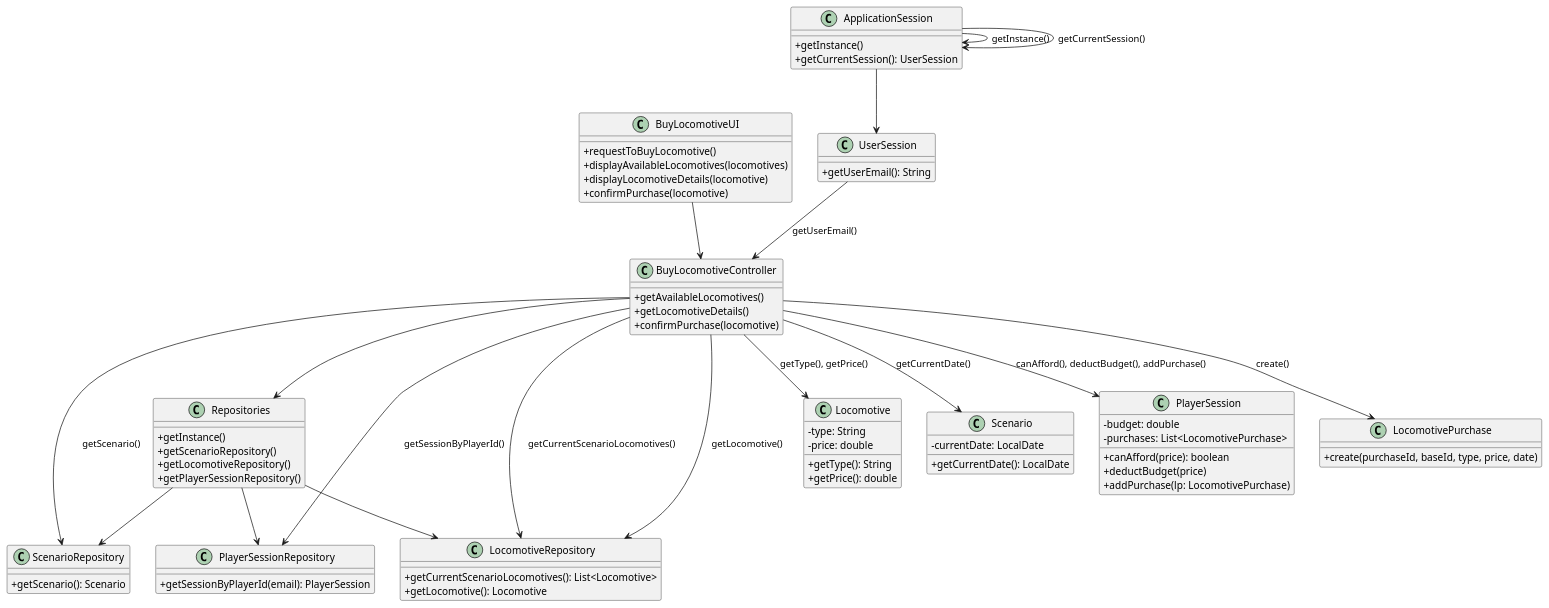
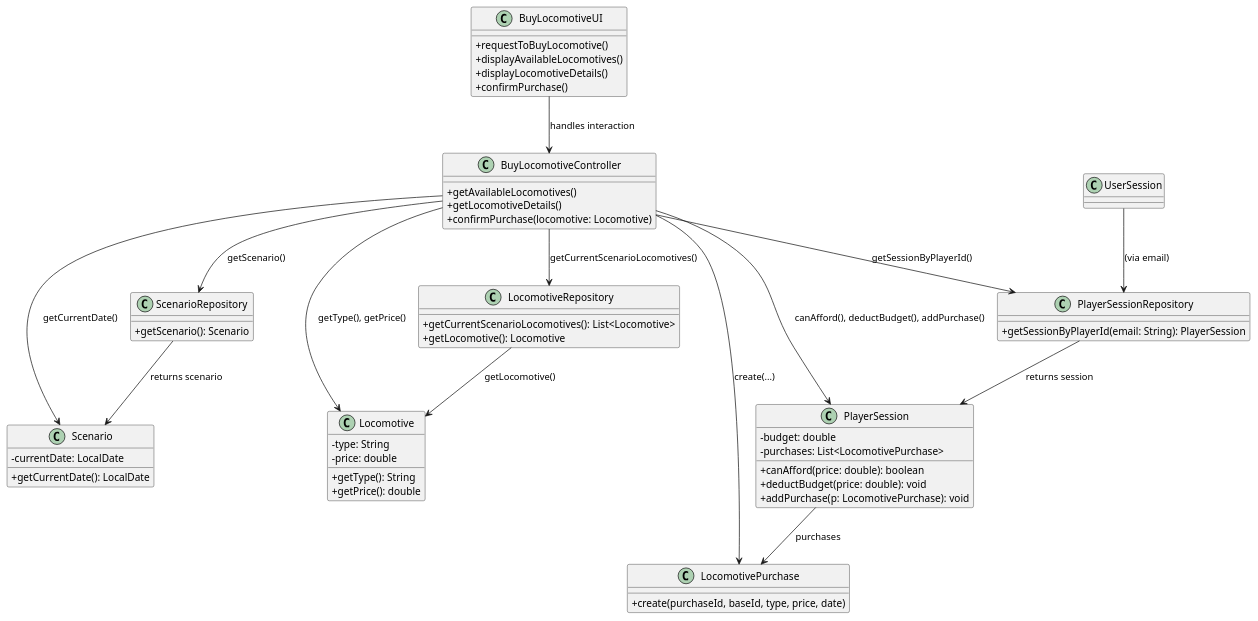
One commit to Andremonteiro1240850/railway_simulator changed the diagram in docs/system-documentation/US09/03.design/puml/US09-CD.puml. Above: the diagram before and after it, drawn with PlantUML. The commit also changed 8 other files, not shown here.

```diff
--- a/docs/system-documentation/US09/03.design/puml/US09-CD.puml
+++ b/docs/system-documentation/US09/03.design/puml/US09-CD.puml
@@ -1,92 +1,80 @@
 @startuml
 skinparam classAttributeIconSize 0
 
-' ===== CLASSES DO CASO DE USO PRINCIPAL =====
+
+
 
 class BuyLocomotiveUI {
   +requestToBuyLocomotive()
-  +displayAvailableLocomotives(locomotives)
-  +displayLocomotiveDetails(locomotive)
-  +confirmPurchase(locomotive)
+  +displayAvailableLocomotives()
+  +displayLocomotiveDetails()
+  +confirmPurchase()
 }
 
 class BuyLocomotiveController {
   +getAvailableLocomotives()
   +getLocomotiveDetails()
-  +confirmPurchase(locomotive)
-}
-
-class Repositories {
-  +getInstance()
-  +getScenarioRepository()
-  +getLocomotiveRepository()
-  +getPlayerSessionRepository()
+  +confirmPurchase(locomotive: Locomotive)
 }
 
 class ScenarioRepository {
   +getScenario(): Scenario
 }
 
 class LocomotiveRepository {
   +getCurrentScenarioLocomotives(): List<Locomotive>
   +getLocomotive(): Locomotive
 }
 
-class PlayerSessionRepository {
-  +getSessionByPlayerId(email): PlayerSession
-}
-
 class Locomotive {
   -type: String
   -price: double
   +getType(): String
   +getPrice(): double
 }
 
-class Scenario {
-  -currentDate: LocalDate
-  +getCurrentDate(): LocalDate
+class PlayerSessionRepository {
+  +getSessionByPlayerId(email: String): PlayerSession
 }
 
 class PlayerSession {
   -budget: double
   -purchases: List<LocomotivePurchase>
-  +canAfford(price): boolean
-  +deductBudget(price)
-  +addPurchase(lp: LocomotivePurchase)
+  +canAfford(price: double): boolean
+  +deductBudget(price: double): void
+  +addPurchase(p: LocomotivePurchase): void
+}
+
+class Scenario {
+  -currentDate: LocalDate
+  +getCurrentDate(): LocalDate
 }
 
 class LocomotivePurchase {
   +create(purchaseId, baseId, type, price, date)
 }
 
-class ApplicationSession {
-  +getInstance()
-  +getCurrentSession(): UserSession
-}
 
-class UserSession {
-  +getUserEmail(): String
-}
 
-' ===== RELAÇÕES ENTRE CLASSES =====
 
-BuyLocomotiveUI --> BuyLocomotiveController
-BuyLocomotiveController --> Repositories
-Repositories --> ScenarioRepository
-Repositories --> LocomotiveRepository
-Repositories --> PlayerSessionRepository
+' ------------ ASSOCIATIONS (Updated) ------------
+
+BuyLocomotiveUI --> BuyLocomotiveController : handles interaction
+
 BuyLocomotiveController --> ScenarioRepository : getScenario()
 BuyLocomotiveController --> LocomotiveRepository : getCurrentScenarioLocomotives()
-BuyLocomotiveController --> LocomotiveRepository : getLocomotive()
 BuyLocomotiveController --> PlayerSessionRepository : getSessionByPlayerId()
 BuyLocomotiveController --> Scenario : getCurrentDate()
+BuyLocomotiveController --> Locomotive : getType(), getPrice()
 BuyLocomotiveController --> PlayerSession : canAfford(), deductBudget(), addPurchase()
-BuyLocomotiveController --> Locomotive : getType(), getPrice()
-BuyLocomotiveController --> LocomotivePurchase : create()
-ApplicationSession --> UserSession
-ApplicationSession --> ApplicationSession : getInstance()
-ApplicationSession --> ApplicationSession : getCurrentSession()
-UserSession --> BuyLocomotiveController : getUserEmail()
+BuyLocomotiveController --> LocomotivePurchase : create(...)
+
+PlayerSessionRepository --> PlayerSession : returns session
+PlayerSession --> LocomotivePurchase : purchases
+
+LocomotiveRepository --> Locomotive : getLocomotive()
+ScenarioRepository --> Scenario : returns scenario
+
+UserSession --> PlayerSessionRepository : (via email)
 
 @enduml
```
